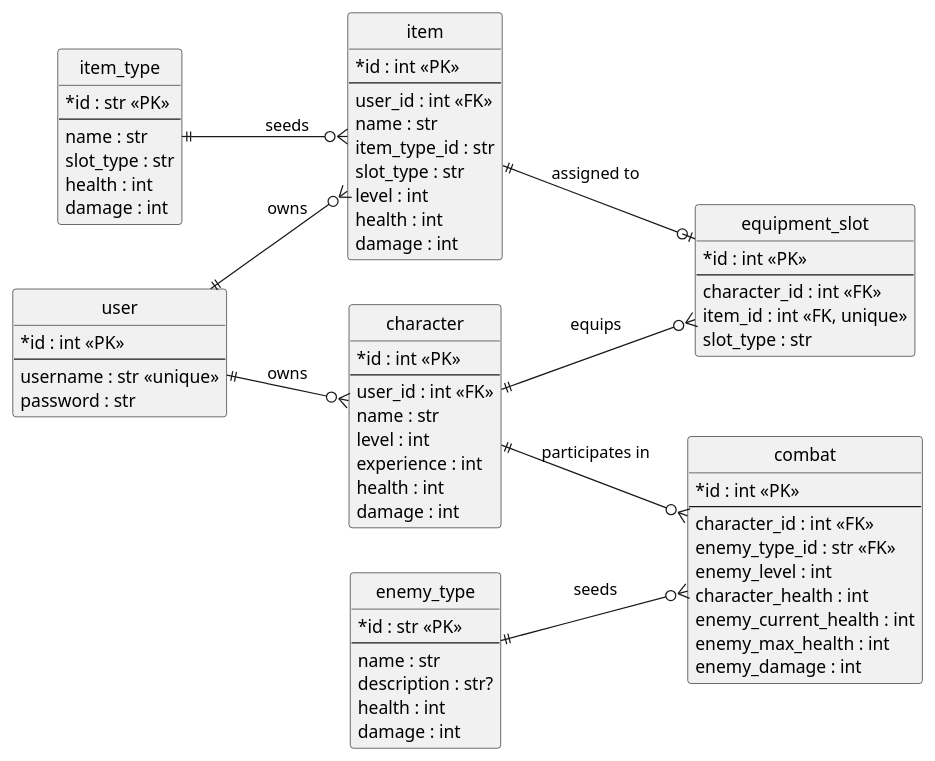
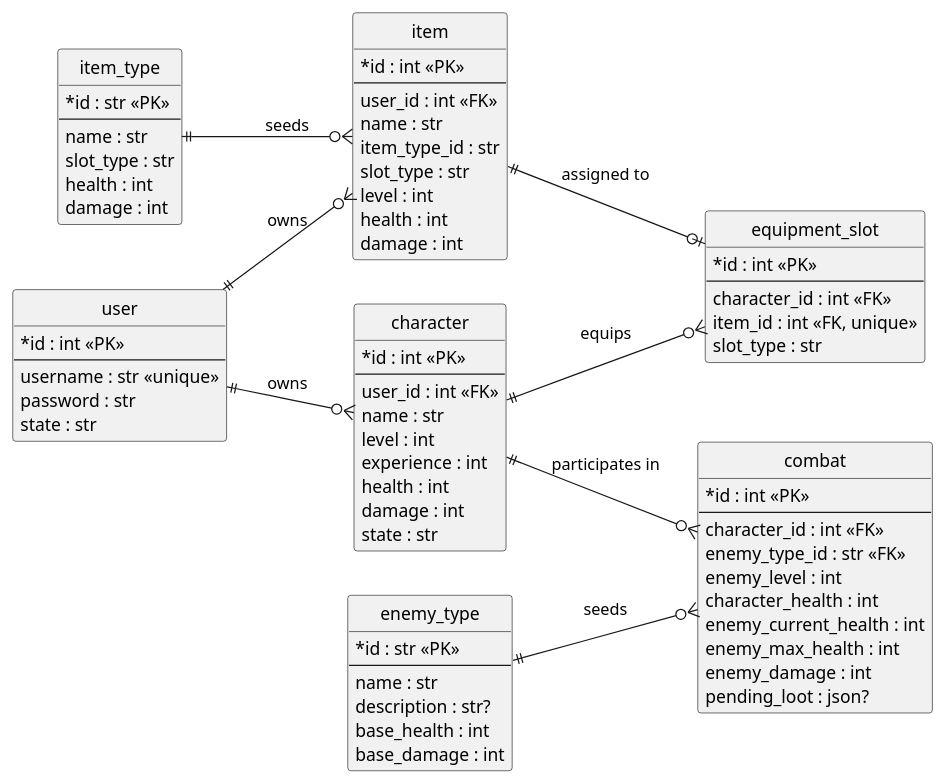
Before and after one commit to cyborgwalrus/dungeons-and-databases: the diagram in docs/database-schema.puml, drawn with PlantUML. The commit also changed 6 other files, not shown here.

```diff
--- a/docs/database-schema.puml
+++ b/docs/database-schema.puml
@@ -1,86 +1,89 @@
 @startuml database-schema
 left to right direction
 skinparam shadowing false
 skinparam classAttributeIconSize 0
 
 hide methods
 hide stereotypes
 hide circle
 
 entity "item_type" as item_type {
   *id : str <<PK>>
   --
   name : str
   slot_type : str
   health : int
   damage : int
 }
 
 entity "enemy_type" as enemy_type {
   *id : str <<PK>>
   --
   name : str
   description : str?
-  health : int
-  damage : int
+  base_health : int
+  base_damage : int
 }
 
 entity "user" as user {
   *id : int <<PK>>
   --
   username : str <<unique>>
   password : str
+  state : str
 }
 
 entity "character" as character {
   *id : int <<PK>>
   --
   user_id : int <<FK>>
   name : str
   level : int
   experience : int
   health : int
   damage : int
+  state : str
 }
 
 entity "item" as item {
   *id : int <<PK>>
   --
   user_id : int <<FK>>
   name : str
   item_type_id : str
   slot_type : str
   level : int
   health : int
   damage : int
 }
 
 entity "equipment_slot" as equipment_slot {
   *id : int <<PK>>
   --
   character_id : int <<FK>>
   item_id : int <<FK, unique>>
   slot_type : str
 }
 
 entity "combat" as combat {
   *id : int <<PK>>
   --
   character_id : int <<FK>>
   enemy_type_id : str <<FK>>
   enemy_level : int
   character_health : int
   enemy_current_health : int
   enemy_max_health : int
   enemy_damage : int
+  pending_loot : json?
 }
 
 user ||--o{ character : owns
 user ||--o{ item : owns
 item_type ||--o{ item : seeds
 character ||--o{ equipment_slot : equips
 item ||--o| equipment_slot : assigned to
 enemy_type ||--o{ combat : seeds
 character ||--o{ combat : participates in
 
 @enduml
```
